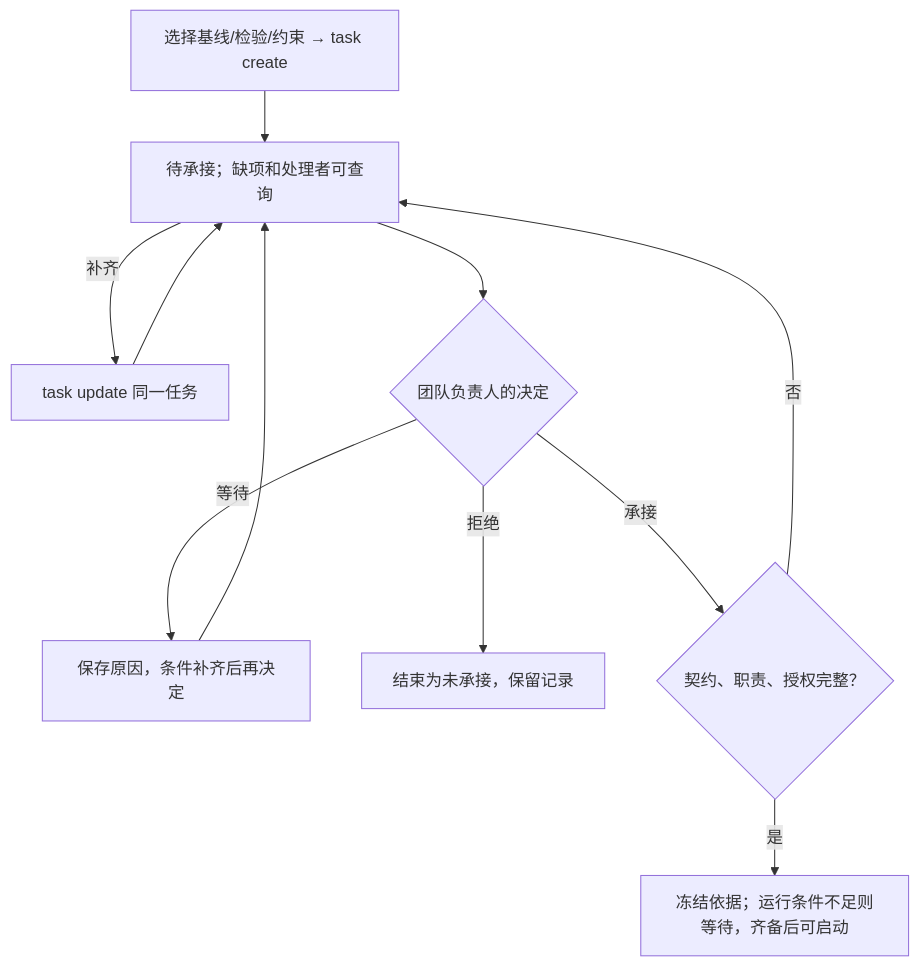
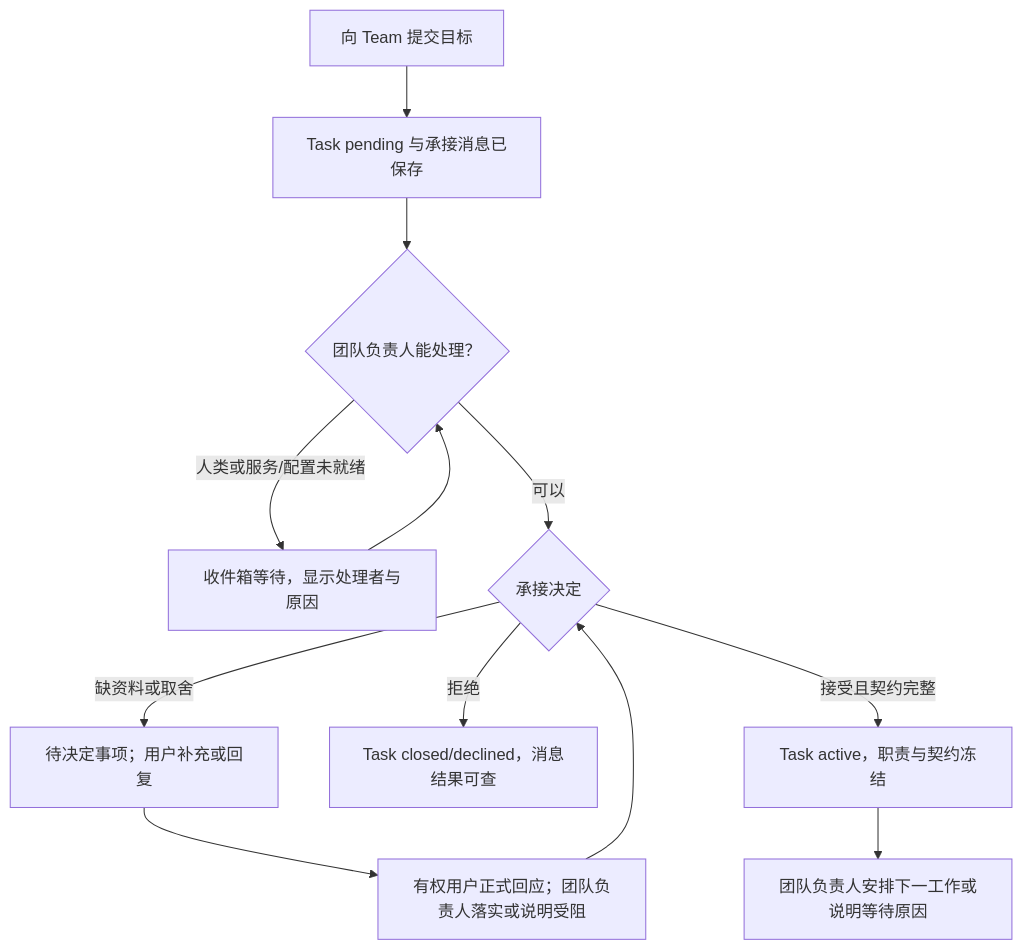
Before and after one commit to xforce-io/atelier: the third of 7 diagrams in docs/design/1-first-team-delivery/product.md, drawn with Mermaid. The commit also changed other lines of this file and 97 other files, not shown here.

````diff
--- a/docs/design/1-first-team-delivery/product.md
+++ b/docs/design/1-first-team-delivery/product.md
@@ -119,13 +169,14 @@
 ```mermaid
 flowchart TD
-    A["选择基线/检验/约束 → task create"] --> B["待承接；缺项和处理者可查询"]
-    B -->|补齐| C["task update 同一任务"]
-    C --> B
-    B --> D{"团队负责人的决定"}
-    D -->|等待| E["保存原因，条件补齐后再决定"]
-    E --> B
-    D -->|拒绝| F["结束为未承接，保留记录"]
-    D -->|承接| G{"契约、职责、授权完整？"}
-    G -->|否| B
-    G -->|是| H["冻结依据；运行条件不足则等待，齐备后可启动"]
+    A[向 Team 提交目标] --> B[Task pending 与承接消息已保存]
+    B --> C{团队负责人能处理？}
+    C -->|人类或服务/配置未就绪| D[收件箱等待，显示处理者与原因]
+    D --> C
+    C -->|可以| E{承接决定}
+    E -->|缺资料或取舍| F[待决定事项；用户补充或回复]
+    F --> Q[有权用户正式回应；团队负责人落实或说明受阻]
+    Q --> E
+    E -->|拒绝| G[Task closed/declined，消息结果可查]
+    E -->|接受且契约完整| H[Task active，职责与契约冻结]
+    H --> I[团队负责人安排下一工作或说明等待原因]
 ```
````
